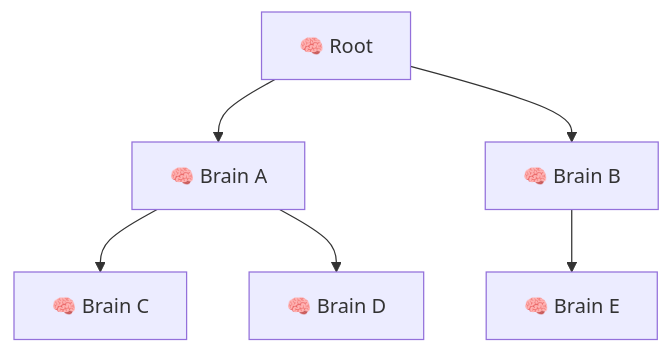
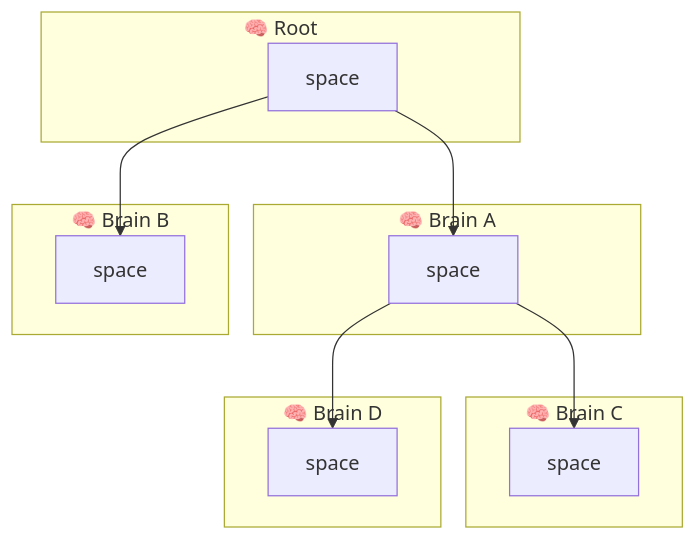
Before and after one commit to ythril-network/Ythril: the fifth of 5 diagrams in README.md, drawn with Mermaid. The commit also changed other lines of this file, not shown here.

Commit message:
docs(readme): clarify brain network types and sync behavior with updated flowcharts

````diff
--- a/README.md
+++ b/README.md
@@ -148,8 +140,23 @@
 ```mermaid
 flowchart TD
-	R[🧠 Root] --> A[🧠 Brain A]
-	R --> B[🧠 Brain B]
-	A --> C[🧠 Brain C]
-	A --> D[🧠 Brain D]
-	B --> E[🧠 Brain E]
+	subgraph BR["🧠 Root"]
+		SR[space]
+	end
+	subgraph BA["🧠 Brain A"]
+		SA[space]
+	end
+	subgraph BB["🧠 Brain B"]
+		SB[space]
+	end
+	subgraph BC["🧠 Brain C"]
+		SC[space]
+	end
+	subgraph BD["🧠 Brain D"]
+		SD[space]
+	end
+
+	SR --> SA
+	SR --> SB
+	SA --> SC
+	SA --> SD
 ```
````
